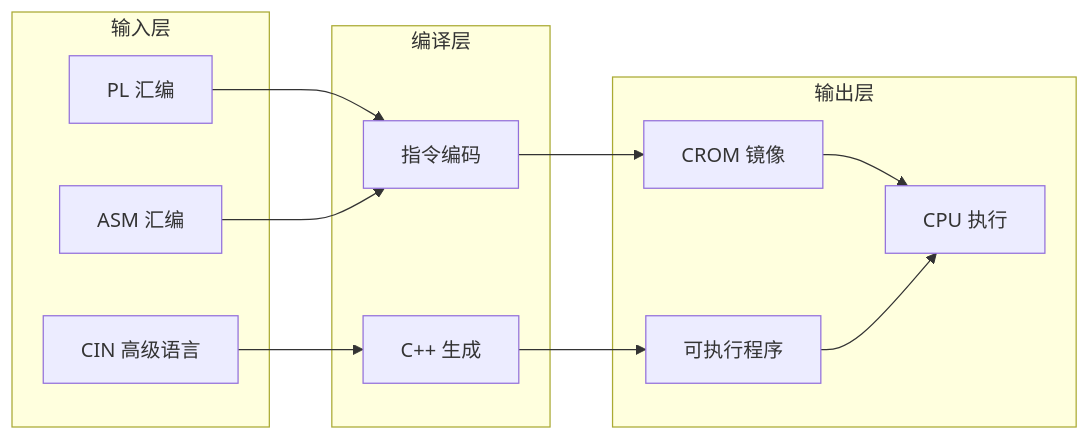
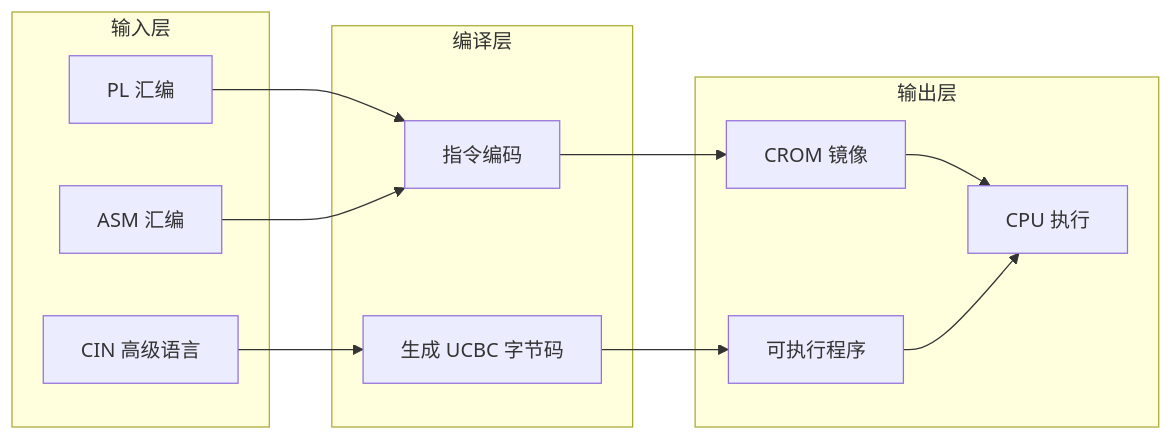
Before and after one commit to ByUsiStudio/Code-CIN: the second of 19 diagrams in README.md, drawn with Mermaid. The commit also changed other lines of this file and 18 other files, not shown here.

````diff
--- a/README.md
+++ b/README.md
@@ -64,24 +65,24 @@
 ```mermaid
 graph LR
     subgraph 输入层
         A[CIN 高级语言]
         D[PL 汇编]
         G[ASM 汇编]
     end
     
     subgraph 编译层
-        B[C++ 生成]
+        B[生成 UCBC 字节码]
         E[指令编码]
     end
     
     subgraph 输出层
         C[可执行程序]
         F[CROM 镜像]
         H[CPU 执行]
     end
     
     A --> B --> C
     D --> E --> F --> H
     G --> E
     C --> H
 ```
````
